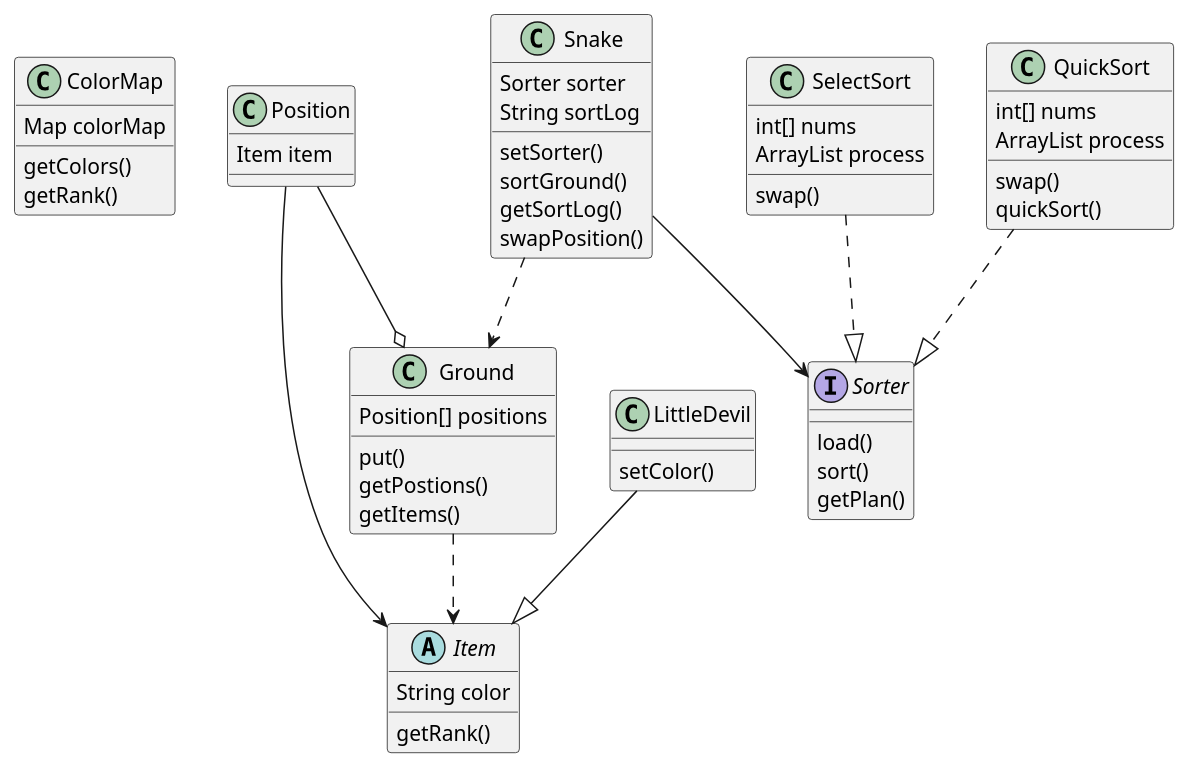
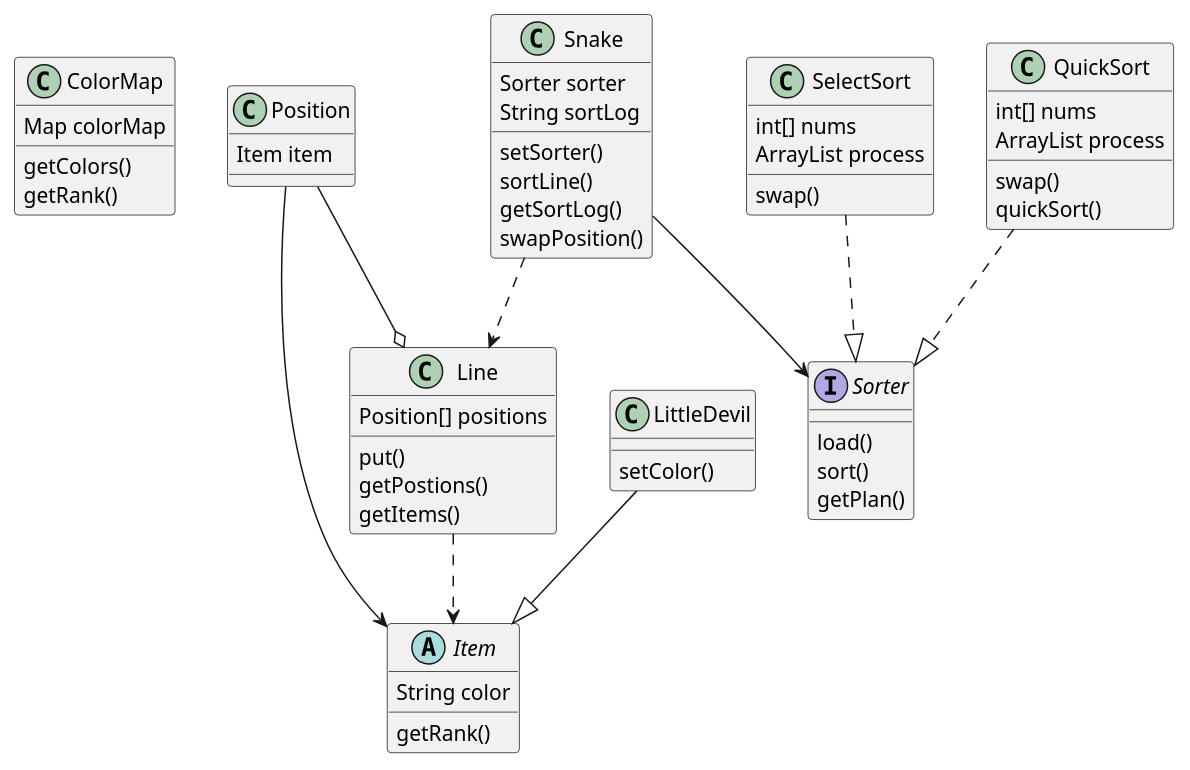
Before and after one commit to jwork-2021-attic/jw02-BanpinLi: the diagram in task2/uml/character.pu, drawn with PlantUML. The commit also changed 15 other files, not shown here.

```diff
--- a/task2/uml/character.pu
+++ b/task2/uml/character.pu
@@ -1,80 +1,80 @@
 @startuml
 
 
 class ColorMap {
     Map colorMap
 
     getColors()
     getRank()
 }
 
-class Ground {
+class Line {
     Position[] positions
 
     put()
     getPostions()
     getItems()
 }
 
 class Position {
     Item item
 }
 
 abstract class Item {
     String color
 
     getRank()
 }
 
 class LittleDevil {
     setColor()
 }
 
 interface Sorter {
     load()
     sort()
     getPlan()
 }
 
 class SelectSort {
     int[] nums
     ArrayList process
 
     swap()
 }
 
 class QuickSort {
     int[] nums
     ArrayList process
 
     swap()
     quickSort()
 }
 
 class Snake {
     Sorter sorter
     String sortLog
 
     setSorter()
-    sortGround()
+    sortLine()
     getSortLog()
     swapPosition()
 }
 
 SelectSort ..|> Sorter
 
 QuickSort ..|> Sorter
 
 Snake --> Sorter
 
-Snake ..> Ground
+Snake ..> Line
 
-Ground ..> Item
+Line ..> Item
 
-Position --o Ground
+Position --o Line
 
 Position --> Item
 
 LittleDevil --|> Item
 
 @enduml
```
